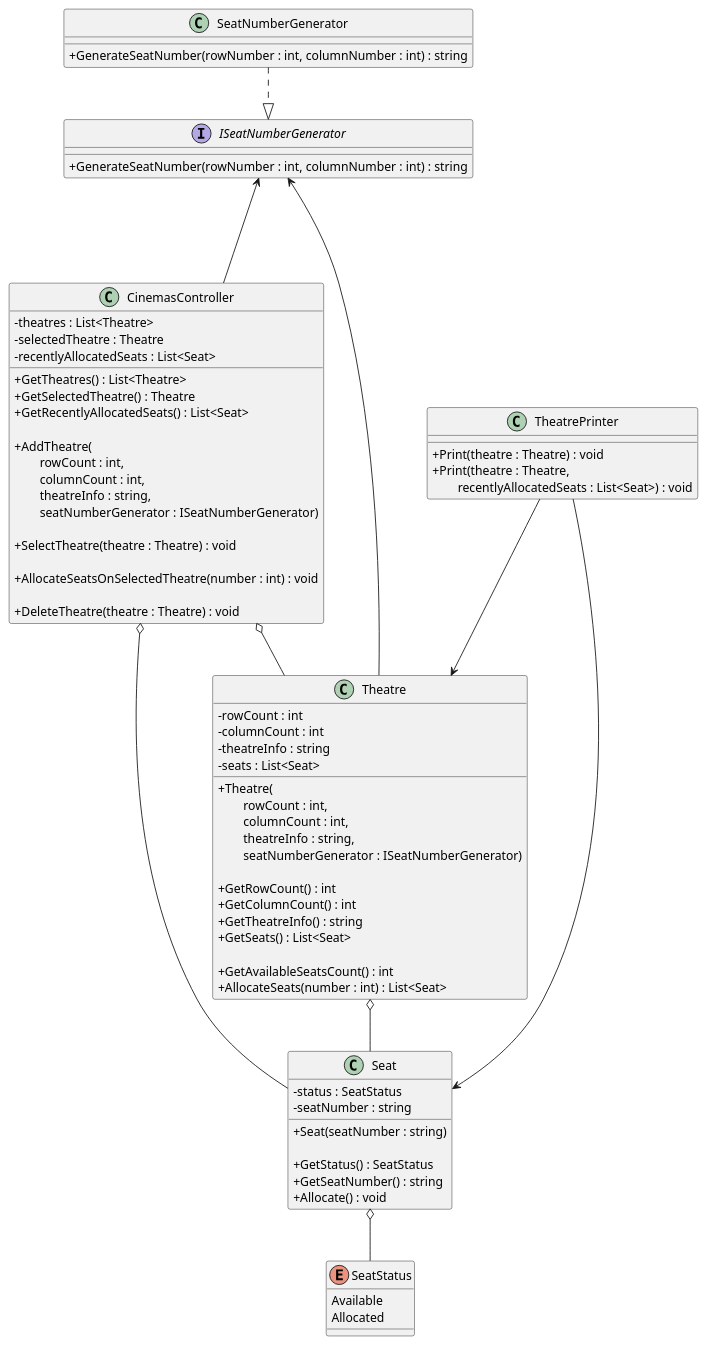
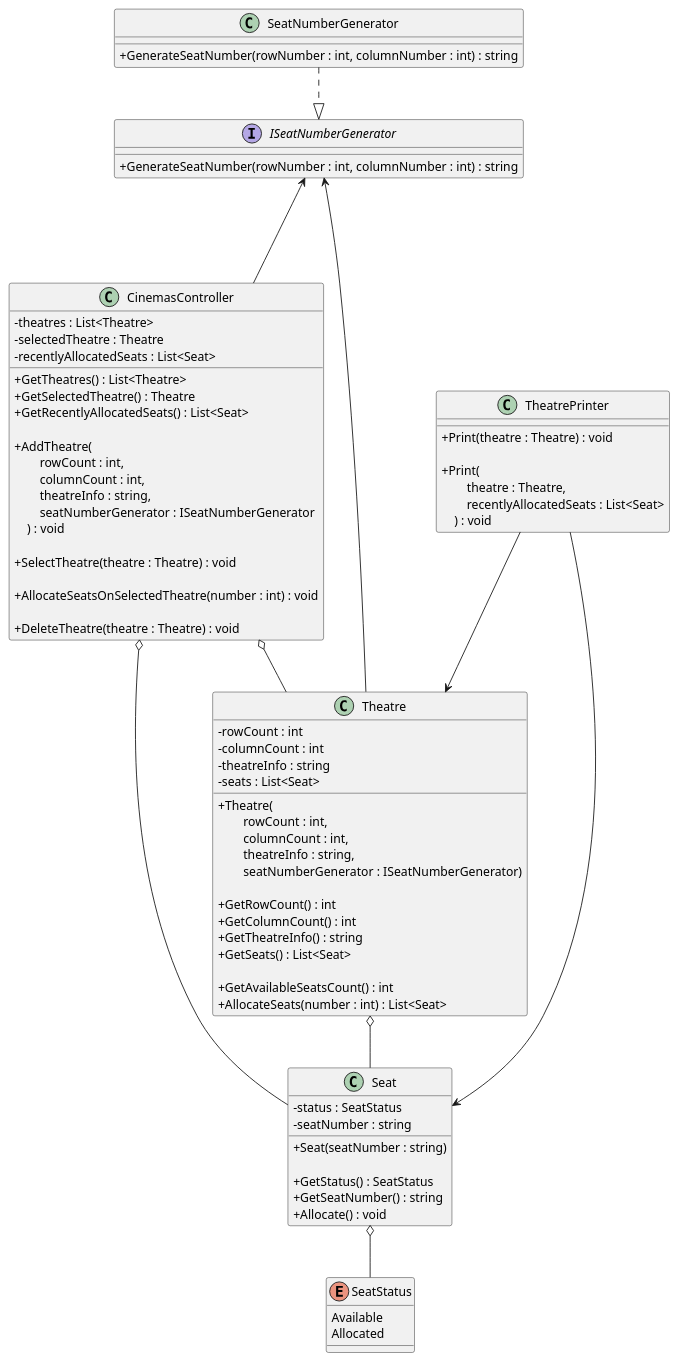
One commit to iamfranco/CinnamonCinemasChallenge changed the diagram in diagrams/cinnamonCinemas.puml. Above: the diagram before and after it, drawn with PlantUML. The commit also changed 1 other file, not shown here.

Commit message:
UML: move long line parameters into multiple lines

```diff
--- a/diagrams/cinnamonCinemas.puml
+++ b/diagrams/cinnamonCinemas.puml
@@ -1,91 +1,95 @@
 @startuml "cinnamon cinemas"
 skinparam ClassAttributeIconSize 0
 
 class TheatrePrinter {
     + Print(theatre : Theatre) : void
-    + Print(theatre : Theatre, \n\
-        recentlyAllocatedSeats : List<Seat>) : void
+    
+    + Print(\n\
+        theatre : Theatre, \n\
+        recentlyAllocatedSeats : List<Seat>\n\
+    ) : void
 }
 
 interface ISeatNumberGenerator {
     + GenerateSeatNumber(rowNumber : int, columnNumber : int) : string
 }
 
 class SeatNumberGenerator {
     + GenerateSeatNumber(rowNumber : int, columnNumber : int) : string
 }
 
 class CinemasController {
     - theatres : List<Theatre>
     - selectedTheatre : Theatre
     - recentlyAllocatedSeats : List<Seat>
 
     + GetTheatres() : List<Theatre>
     + GetSelectedTheatre() : Theatre
     + GetRecentlyAllocatedSeats() : List<Seat>
 
     + AddTheatre(\n\
         rowCount : int, \n\
         columnCount : int, \n\
         theatreInfo : string, \n\
-        seatNumberGenerator : ISeatNumberGenerator)
+        seatNumberGenerator : ISeatNumberGenerator\n\
+    ) : void
 
     + SelectTheatre(theatre : Theatre) : void
 
     + AllocateSeatsOnSelectedTheatre(number : int) : void
 
     + DeleteTheatre(theatre : Theatre) : void
 }
 
 class Theatre {
     - rowCount : int
     - columnCount : int
     - theatreInfo : string
     - seats : List<Seat>
 
     + Theatre(\n\
         rowCount : int, \n\
         columnCount : int, \n\
         theatreInfo : string, \n\
         seatNumberGenerator : ISeatNumberGenerator)
 
     + GetRowCount() : int
     + GetColumnCount() : int
     + GetTheatreInfo() : string
     + GetSeats() : List<Seat>
 
     + GetAvailableSeatsCount() : int
     + AllocateSeats(number : int) : List<Seat>
 }
 
 class Seat {
     - status : SeatStatus
     - seatNumber : string
 
     + Seat(seatNumber : string)
 
     + GetStatus() : SeatStatus
     + GetSeatNumber() : string
     + Allocate() : void
 }
 
 Enum SeatStatus {
     Available
     Allocated
 }
 
 CinemasController o-- Theatre
 CinemasController o--- Seat
 CinemasController --u-> ISeatNumberGenerator
 
 TheatrePrinter --> Theatre
 TheatrePrinter ---> Seat
 
 Theatre o-- Seat
 Theatre --u-> ISeatNumberGenerator
 
 ISeatNumberGenerator <|.u. SeatNumberGenerator
 
 Seat o-- SeatStatus
 
 @enduml
```
